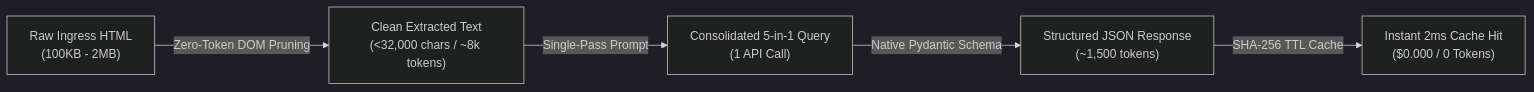
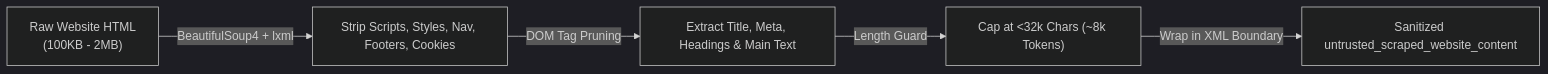
One commit to piyushmakhija28/ai-link-analysis changed the second of 3 diagrams in docs/architecture/llm-model-research-benchmark.md. Above: the diagram before and after it, drawn with Mermaid (dark theme). The commit also changed other lines of this file and 3 other files, not shown here.

````diff
--- a/docs/architecture/llm-model-research-benchmark.md
+++ b/docs/architecture/llm-model-research-benchmark.md
@@ -95,7 +163,7 @@
 ```mermaid
 flowchart LR
-    A["Raw Ingress HTML<br/>(100KB - 2MB)"] -->|Zero-Token DOM Pruning| B["Clean Extracted Text<br/>(<32,000 chars / ~8k tokens)"]
-    B -->|Single-Pass Prompt| C["Consolidated 5-in-1 Query<br/>(1 API Call)"]
-    C -->|Native Pydantic Schema| D["Structured JSON Response<br/>(~1,500 tokens)"]
-    D -->|SHA-256 TTL Cache| E["Instant 2ms Cache Hit<br/>($0.000 / 0 Tokens)"]
+    A["Raw Website HTML<br/>(100KB - 2MB)"] -->|BeautifulSoup4 + lxml| B["Strip Scripts, Styles, Nav, Footers, Cookies"]
+    B -->|DOM Tag Pruning| C["Extract Title, Meta, Headings & Main Text"]
+    C -->|Length Guard| D["Cap at <32k Chars (~8k Tokens)"]
+    D -->|Wrap in XML Boundary| E["Sanitized untrusted_scraped_website_content"]
 ```
````
